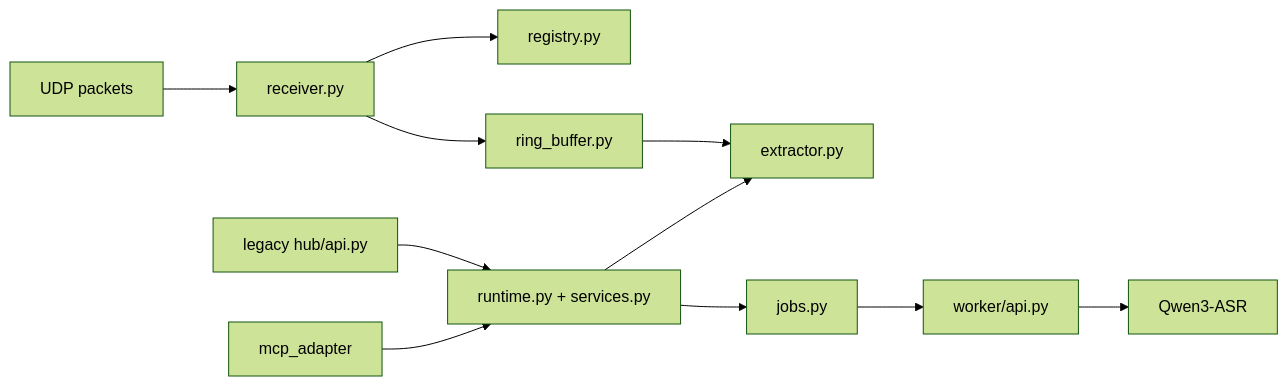
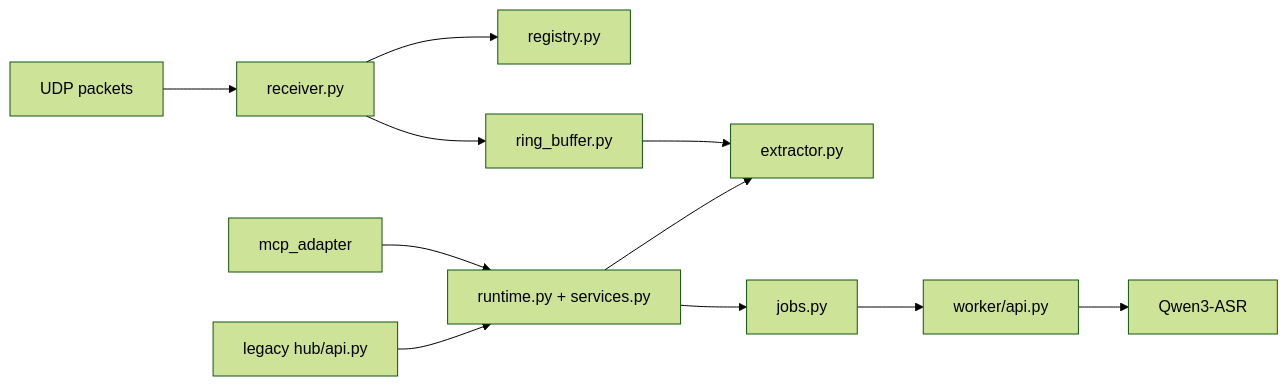
One commit to Tobi1chi/EchoTrigger changed the diagram in Software/pc_hub/README.md. Above: the diagram before and after it, drawn with Mermaid (forest theme). The commit also changed other lines of this file and 9 other files, not shown here.

````diff
--- a/Software/pc_hub/README.md
+++ b/Software/pc_hub/README.md
@@ -19,13 +9,13 @@
 ```mermaid
 flowchart LR
   udp["UDP packets"] --> recv["receiver.py"]
   recv --> reg["registry.py"]
   recv --> ring["ring_buffer.py"]
   ring --> ext["extractor.py"]
   runtime["runtime.py + services.py"] --> ext
   runtime --> jobs["jobs.py"]
+  mcp["mcp_adapter"] --> runtime
   legacy["legacy hub/api.py"] --> runtime
-  mcp["mcp_adapter"] --> runtime
   jobs --> worker["worker/api.py"]
   worker --> asr["Qwen3-ASR"]
 ```
````
